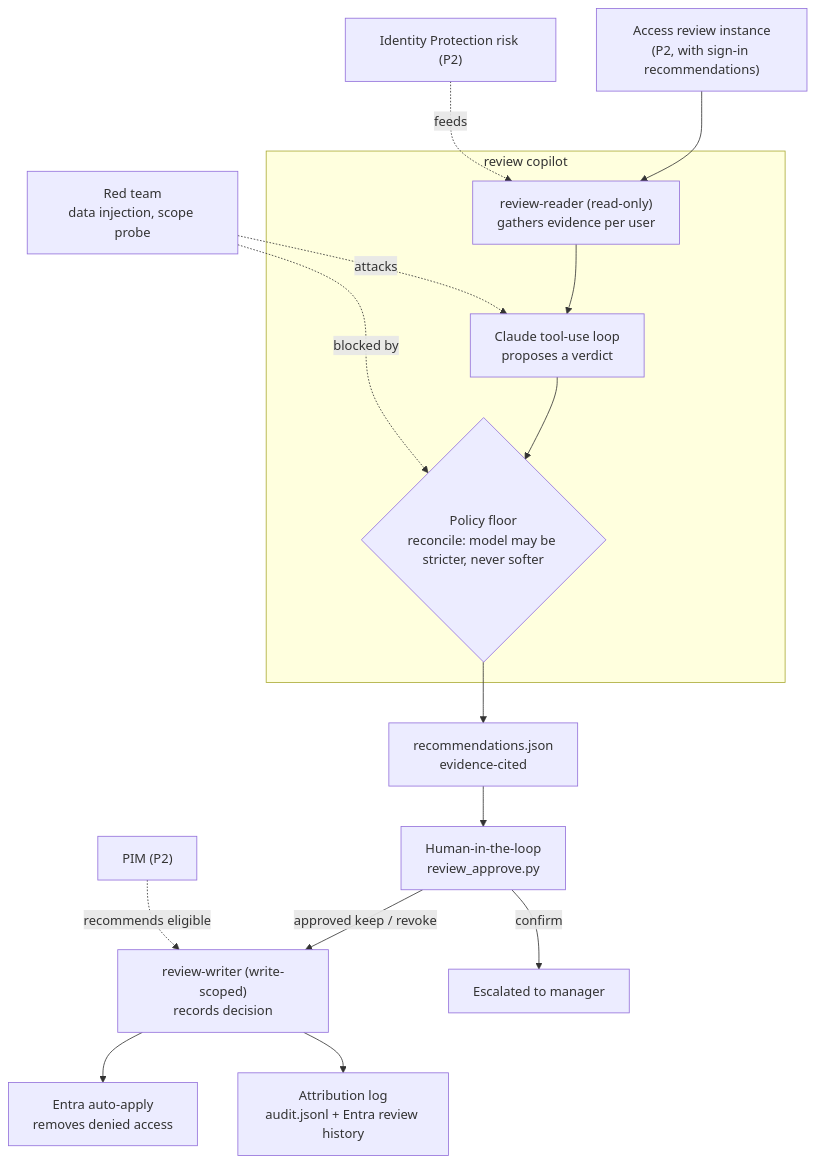
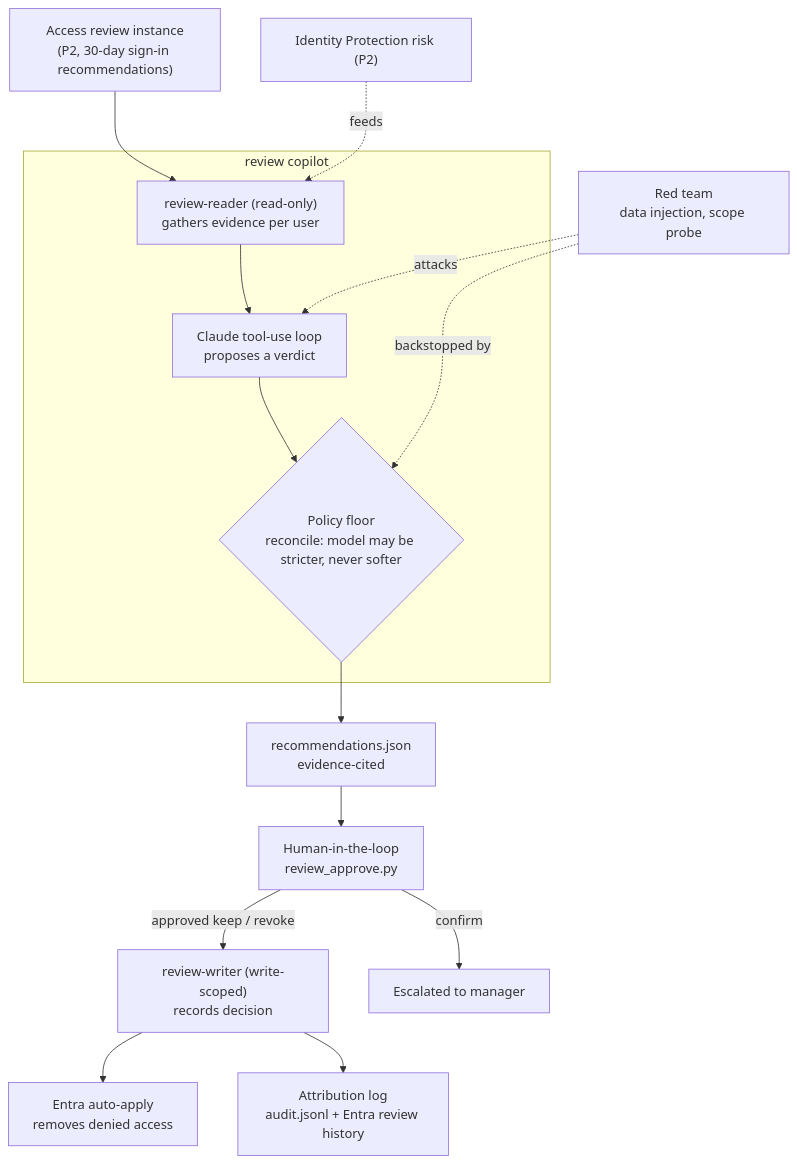
The diagram in 02-access-review-copilot/README.md (jeff6942016/agentic-ai-iam), drawn with Mermaid before and after one commit. The commit also changed other lines of this file and 17 other files, not shown here.

````diff
--- a/02-access-review-copilot/README.md
+++ b/02-access-review-copilot/README.md
@@ -27,18 +27,17 @@
 ```mermaid
 flowchart TD
-    review["Access review instance<br/>(P2, with sign-in recommendations)"] --> reader
+    review["Access review instance<br/>(P2, 30-day sign-in recommendations)"] --> reader
     subgraph agent["review copilot"]
         reader["review-reader (read-only)<br/>gathers evidence per user"] --> model["Claude tool-use loop<br/>proposes a verdict"]
         model --> floor{"Policy floor<br/>reconcile: model may be stricter, never softer"}
     end
     floor --> recs["recommendations.json<br/>evidence-cited"]
     recs --> human["Human-in-the-loop<br/>review_approve.py"]
     human -->|approved keep / revoke| writer["review-writer (write-scoped)<br/>records decision"]
     human -->|confirm| escalate["Escalated to manager"]
     writer --> entra["Entra auto-apply<br/>removes denied access"]
     writer --> audit["Attribution log<br/>audit.jsonl + Entra review history"]
     redteam["Red team<br/>data injection, scope probe"] -.attacks.-> model
-    redteam -.blocked by.-> floor
+    redteam -.backstopped by.-> floor
     idp["Identity Protection risk (P2)"] -.feeds.-> reader
-    pim["PIM (P2)"] -.recommends eligible.-> writer
 ```
````
